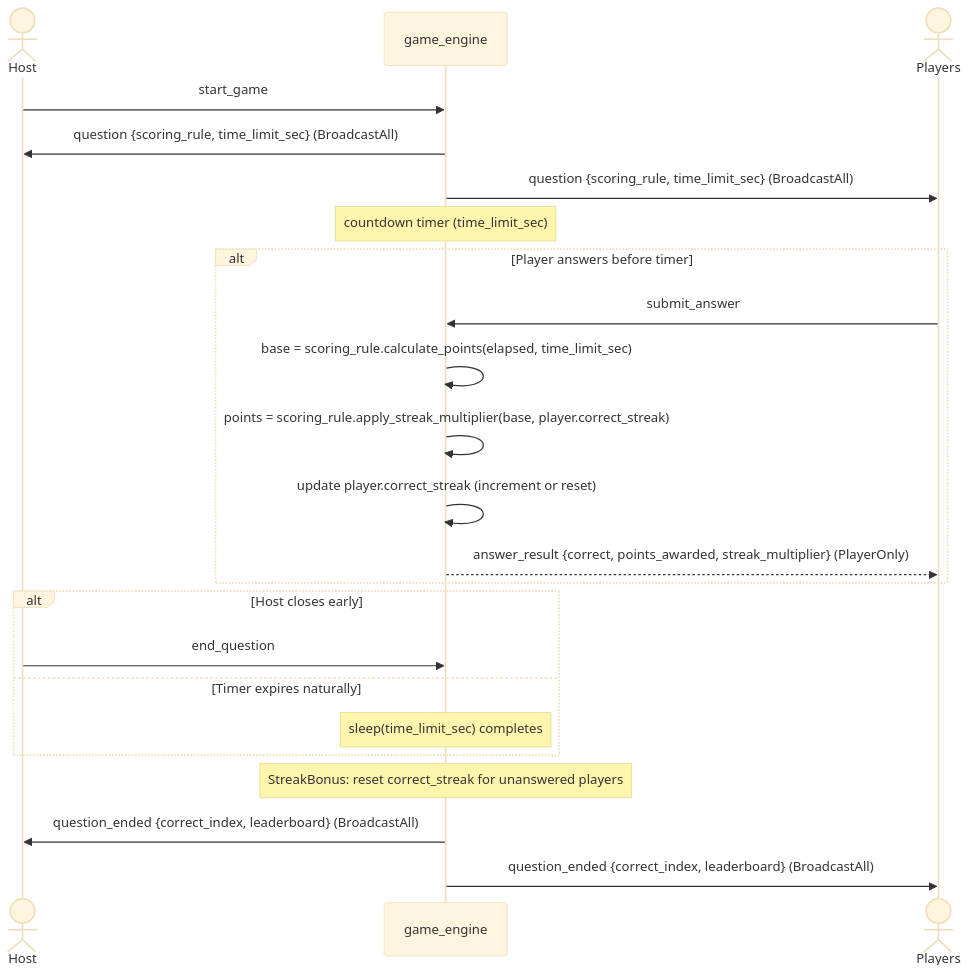
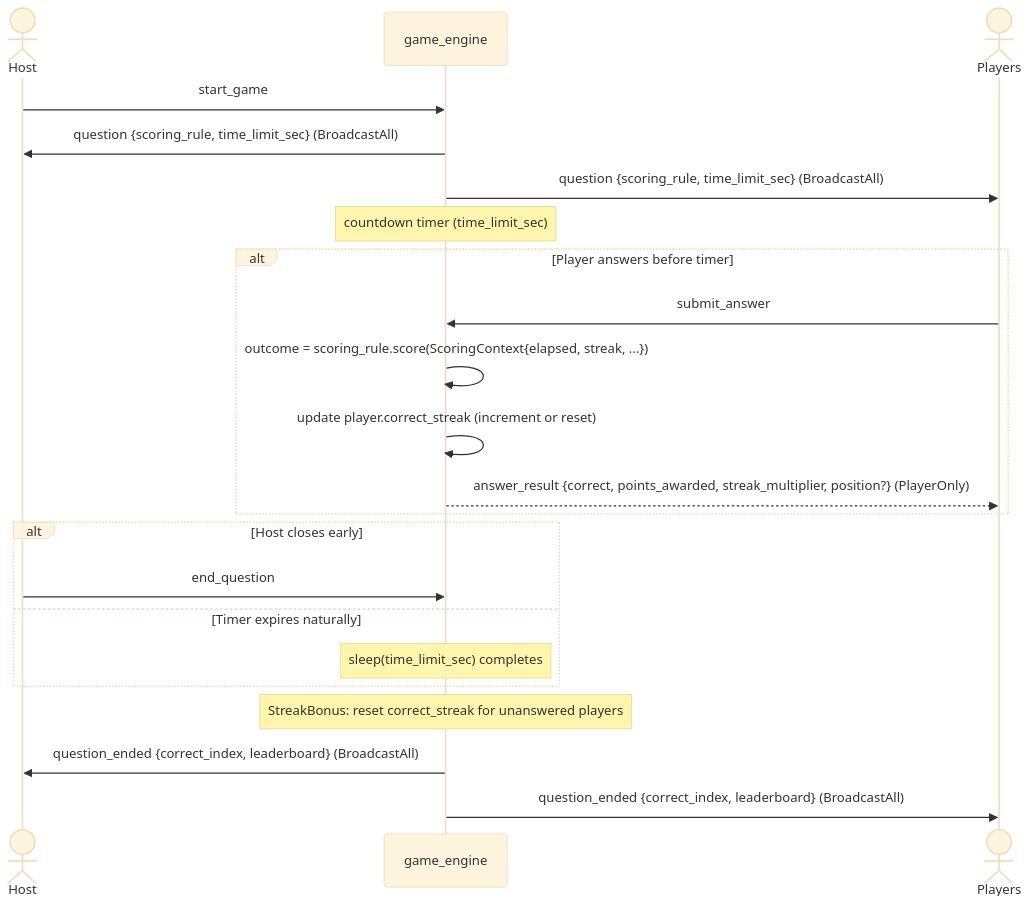
One commit to campeis/quiz-game changed the diagram in docs/diagrams/flow-question.mmd. Above: the diagram before and after it, drawn with Mermaid (base theme). The commit also changed 8 other files, not shown here.

First line of the commit message:
docs: update architecture and diagrams for scoring refactor

```diff
--- a/docs/diagrams/flow-question.mmd
+++ b/docs/diagrams/flow-question.mmd
@@ -1,29 +1,28 @@
 sequenceDiagram
     actor H as Host
     participant GE as game_engine
     actor PL as Players
 
     H->>GE: start_game
     GE->>H: question {scoring_rule, time_limit_sec} (BroadcastAll)
     GE->>PL: question {scoring_rule, time_limit_sec} (BroadcastAll)
 
     Note over GE: countdown timer (time_limit_sec)
 
     alt Player answers before timer
         PL->>GE: submit_answer
-        GE->>GE: base = scoring_rule.calculate_points(elapsed, time_limit_sec)
-        GE->>GE: points = scoring_rule.apply_streak_multiplier(base, player.correct_streak)
+        GE->>GE: outcome = scoring_rule.score(ScoringContext{elapsed, streak, ...})
         GE->>GE: update player.correct_streak (increment or reset)
-        GE-->>PL: answer_result {correct, points_awarded, streak_multiplier} (PlayerOnly)
+        GE-->>PL: answer_result {correct, points_awarded, streak_multiplier, position?} (PlayerOnly)
     end
 
     alt Host closes early
         H->>GE: end_question
     else Timer expires naturally
         Note over GE: sleep(time_limit_sec) completes
     end
 
     Note over GE: StreakBonus: reset correct_streak for unanswered players
 
     GE->>H: question_ended {correct_index, leaderboard} (BroadcastAll)
     GE->>PL: question_ended {correct_index, leaderboard} (BroadcastAll)
```
